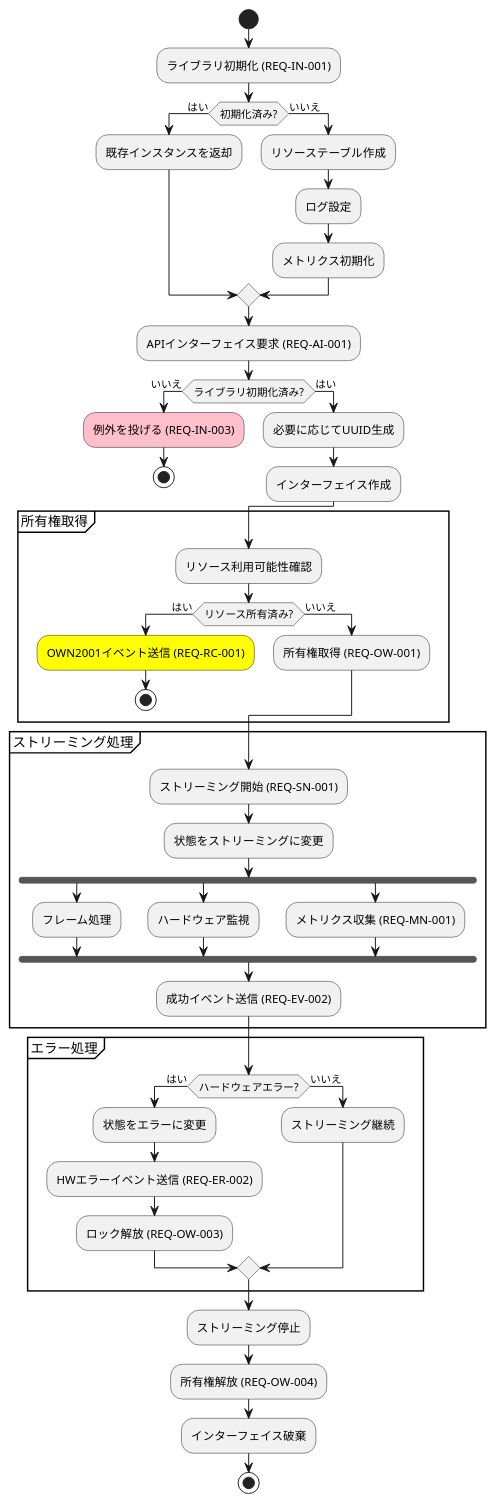
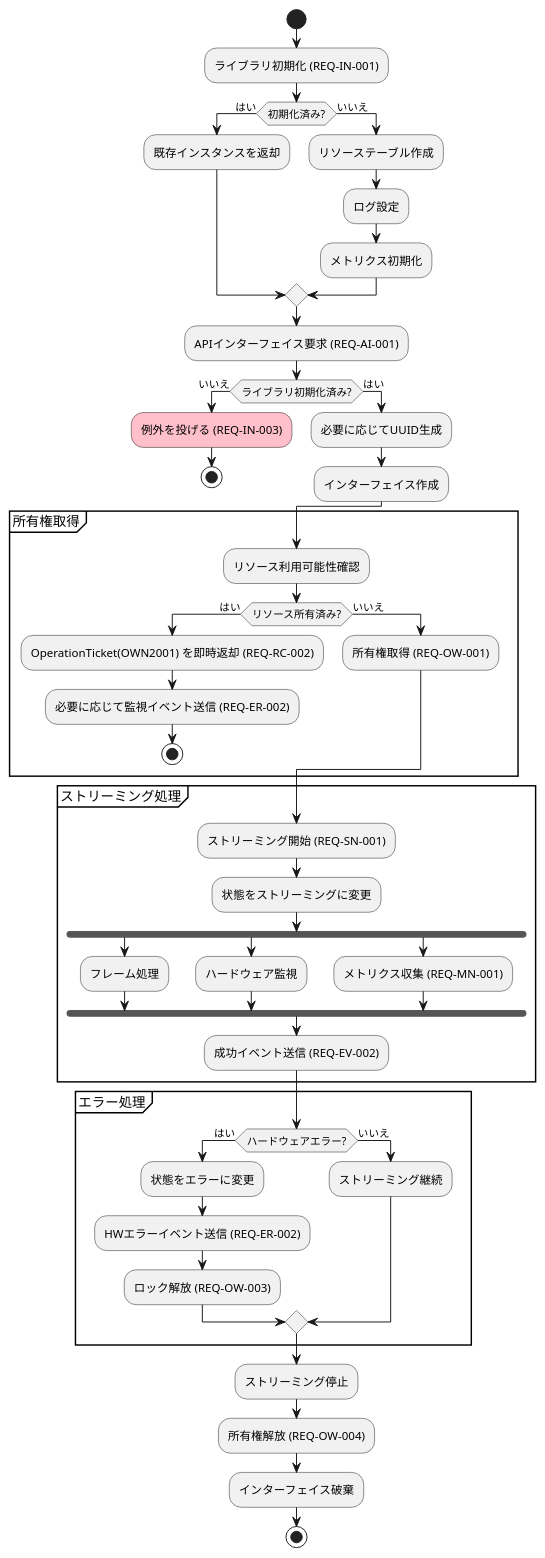
One commit to owhinata/ownerkeeper changed the sixth of 9 diagrams in docs/REQUIREMENTS_DIAGRAM.md. Above: the diagram before and after it, drawn with PlantUML. The commit also changed other lines of this file and 2 other files, not shown here.

Commit message:
Add initial specification and update requirements after review

````diff
--- a/docs/REQUIREMENTS_DIAGRAM.md
+++ b/docs/REQUIREMENTS_DIAGRAM.md
@@ -186,66 +186,67 @@
 ```plantuml
 @startuml
 start
 :ライブラリ初期化 (REQ-IN-001);
 
 if (初期化済み?) then (はい)
     :既存インスタンスを返却;
 else (いいえ)
     :リソーステーブル作成;
     :ログ設定;
     :メトリクス初期化;
 endif
 
 :APIインターフェイス要求 (REQ-AI-001);
 
 if (ライブラリ初期化済み?) then (いいえ)
     #pink:例外を投げる (REQ-IN-003);
     stop
 else (はい)
     :必要に応じてUUID生成;
     :インターフェイス作成;
 endif
 
 partition "所有権取得" {
     :リソース利用可能性確認;
 
     if (リソース所有済み?) then (はい)
-        #yellow:OWN2001イベント送信 (REQ-RC-001);
+        :OperationTicket(OWN2001) を即時返却 (REQ-RC-002);
+        :必要に応じて監視イベント送信 (REQ-ER-002);
         stop
     else (いいえ)
         :所有権取得 (REQ-OW-001);
     endif
 }
 
 partition "ストリーミング処理" {
     :ストリーミング開始 (REQ-SN-001);
     :状態をストリーミングに変更;
 
     fork
         :フレーム処理;
     fork again
         :ハードウェア監視;
     fork again
         :メトリクス収集 (REQ-MN-001);
     end fork
 
     :成功イベント送信 (REQ-EV-002);
 }
 
 partition "エラー処理" {
     if (ハードウェアエラー?) then (はい)
         :状態をエラーに変更;
         :HWエラーイベント送信 (REQ-ER-002);
         :ロック解放 (REQ-OW-003);
     else (いいえ)
         :ストリーミング継続;
     endif
 }
 
 :ストリーミング停止;
 :所有権解放 (REQ-OW-004);
 :インターフェイス破棄;
 
 stop
 @enduml
 ```
````
